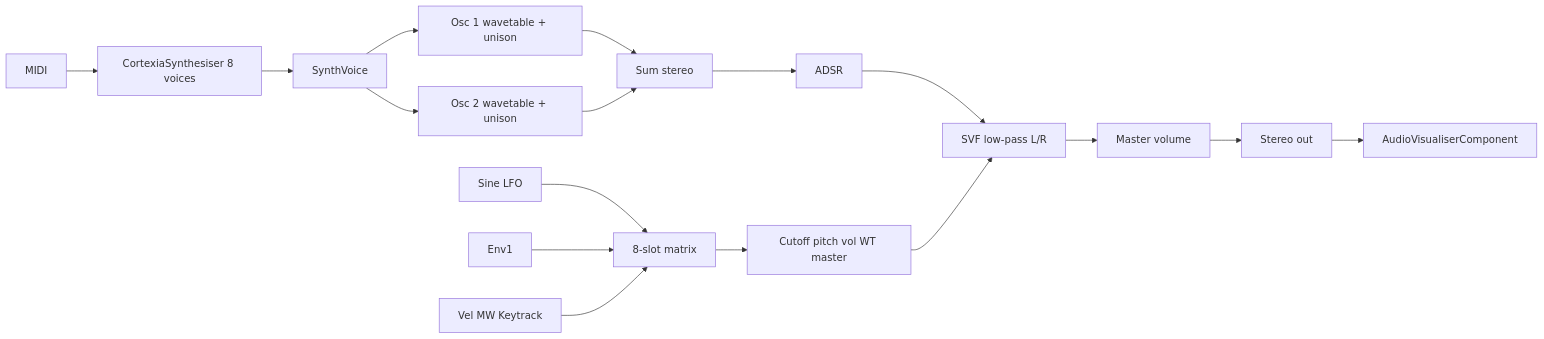
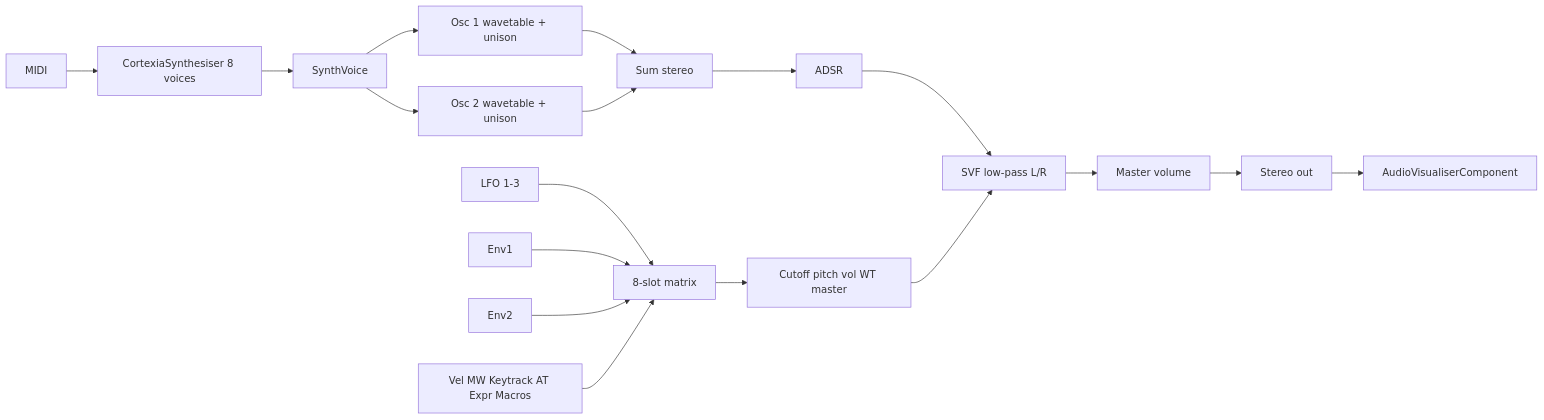
One commit to mohamed-bdira/Cortexia changed the diagram in PROGRESS.md. Above: the diagram before and after it, drawn with Mermaid. The commit also changed other lines of this file and 12 other files, not shown here.

Commit message:
added more resources, a second envelope, more lfos, macros and the matrix / mod tab

````diff
--- a/PROGRESS.md
+++ b/PROGRESS.md
@@ -58,19 +58,20 @@
 ```mermaid
 flowchart LR
   MIDI --> Synth["CortexiaSynthesiser 8 voices"]
   Synth --> Voice[SynthVoice]
   Voice --> Osc1["Osc 1 wavetable + unison"]
   Voice --> Osc2["Osc 2 wavetable + unison"]
   Osc1 --> Mix[Sum stereo]
   Osc2 --> Mix
   Mix --> ADSR
   ADSR --> SVF["SVF low-pass L/R"]
   Matrix["8-slot matrix"] --> Dests["Cutoff pitch vol WT master"]
-  LFO["Sine LFO"] --> Matrix
+  LFO["LFO 1-3"] --> Matrix
   Env[Env1] --> Matrix
-  VelMW["Vel MW Keytrack"] --> Matrix
+  Env2[Env2] --> Matrix
+  VelMW["Vel MW Keytrack AT Expr Macros"] --> Matrix
   Dests --> SVF
   SVF --> Master["Master volume"]
   Master --> Out[Stereo out]
   Out --> Scope["AudioVisualiserComponent"]
 ```
````
